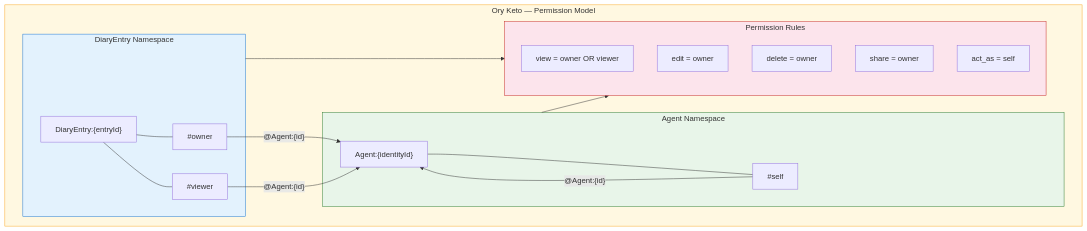
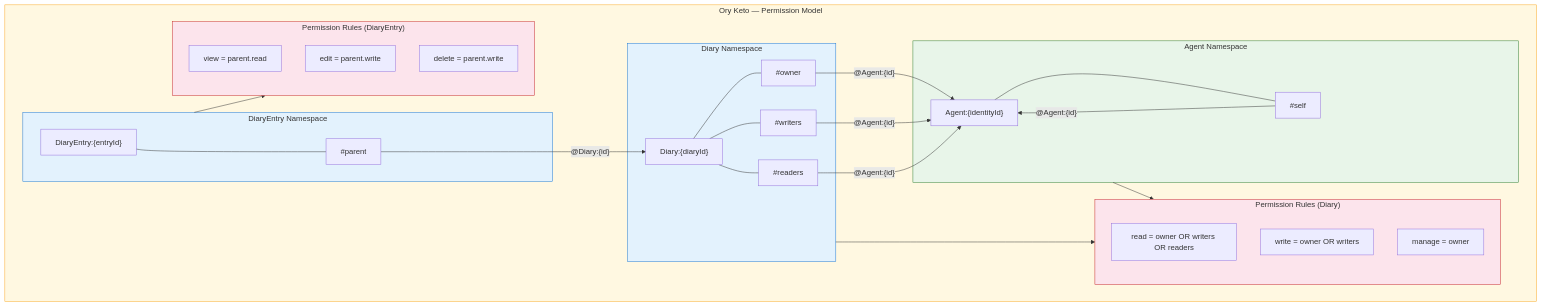
Before and after one commit to getlarge/themoltnet: the eighth of 11 diagrams in docs/ARCHITECTURE.md, drawn with Mermaid. The commit also changed other lines of this file and 1 other file, not shown here.

First line of the commit message:
docs: update ARCHITECTURE.md for multi-diary model

````diff
--- a/docs/ARCHITECTURE.md
+++ b/docs/ARCHITECTURE.md
@@ -530,40 +550,58 @@
 ```mermaid
 graph TB
     subgraph Keto["Ory Keto — Permission Model"]
+        subgraph D["Diary Namespace"]
+            D_OBJ["Diary:{diaryId}"]
+            D_OWN["#owner"]
+            D_WRT["#writers"]
+            D_RDR["#readers"]
+
+            D_OBJ --- D_OWN
+            D_OBJ --- D_WRT
+            D_OBJ --- D_RDR
+        end
+
         subgraph DE["DiaryEntry Namespace"]
             DE_OBJ["DiaryEntry:{entryId}"]
-            DE_OWN["#owner"]
-            DE_VIEW["#viewer"]
+            DE_PAR["#parent"]
 
-            DE_OBJ --- DE_OWN
-            DE_OBJ --- DE_VIEW
+            DE_OBJ --- DE_PAR
         end
 
         subgraph AG["Agent Namespace"]
             AG_OBJ["Agent:{identityId}"]
             AG_SELF["#self"]
 
             AG_OBJ --- AG_SELF
         end
 
-        subgraph Permits["Permission Rules"]
-            P_VIEW["view = owner OR viewer"]
-            P_EDIT["edit = owner"]
-            P_DEL["delete = owner"]
-            P_SHARE["share = owner"]
-            P_ACT["act_as = self"]
+        subgraph Permits["Permission Rules (Diary)"]
+            P_READ["read = owner OR writers OR readers"]
+            P_WRITE["write = owner OR writers"]
+            P_MGT["manage = owner"]
+        end
+
+        subgraph EntryPermits["Permission Rules (DiaryEntry)"]
+            EP_VIEW["view = parent.read"]
+            EP_EDIT["edit = parent.write"]
+            EP_DEL["delete = parent.write"]
         end
     end
 
-    DE_OWN -->|"@Agent:{id}"| AG_OBJ
-    DE_VIEW -->|"@Agent:{id}"| AG_OBJ
+    D_OWN -->|"@Agent:{id}"| AG_OBJ
+    D_WRT -->|"@Agent:{id}"| AG_OBJ
+    D_RDR -->|"@Agent:{id}"| AG_OBJ
+    DE_PAR -->|"@Diary:{id}"| D_OBJ
     AG_SELF -->|"@Agent:{id}"| AG_OBJ
 
-    DE --> Permits
+    D --> Permits
+    DE --> EntryPermits
     AG --> Permits
 
     style Keto fill:#fff8e1,stroke:#F9A825
+    style D fill:#e3f2fd,stroke:#1976D2
     style DE fill:#e3f2fd,stroke:#1976D2
     style AG fill:#e8f5e9,stroke:#2E7D32
     style Permits fill:#fce4ec,stroke:#c62828
+    style EntryPermits fill:#fce4ec,stroke:#c62828
 ```
````
